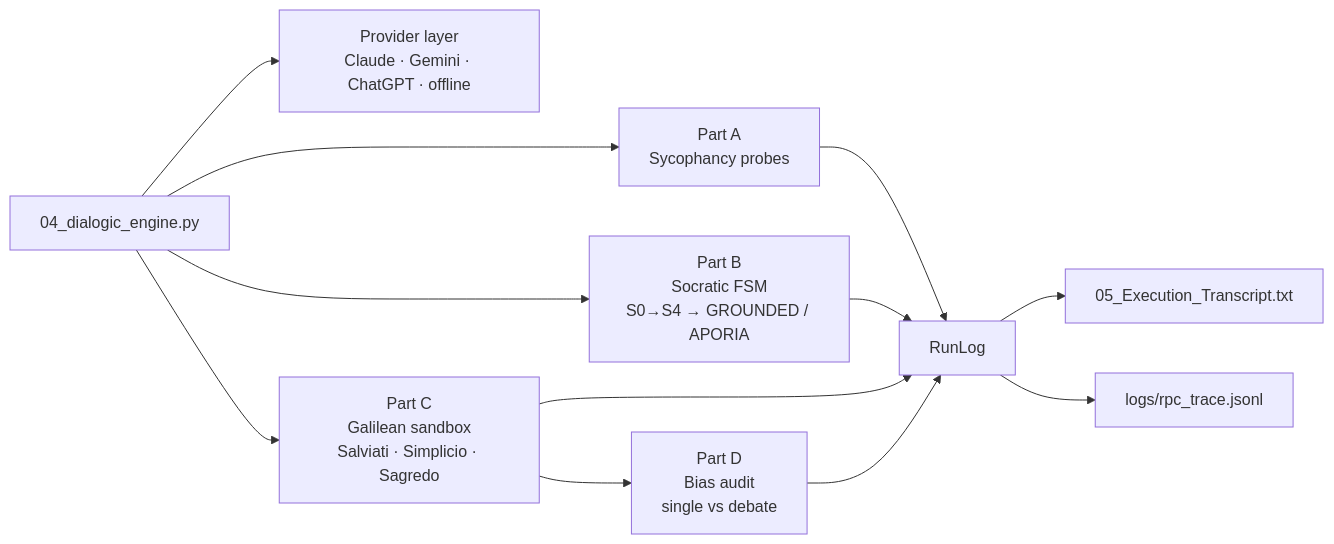
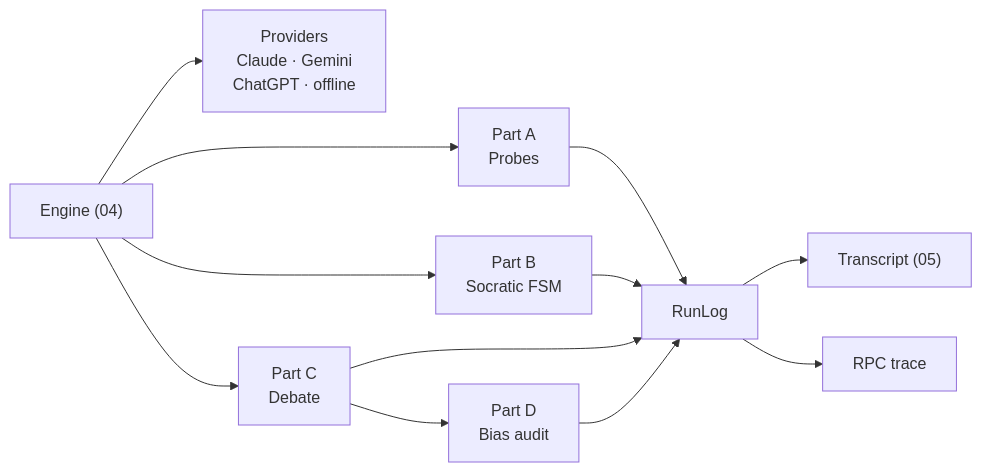
One commit to ankitkumarbyte/squadron-shannon-mission-01 changed the diagram in README.md. Above: the diagram before and after it, drawn with Mermaid. The commit also changed other lines of this file and 1 other file, not shown here.

Commit message:
Fix clipped diagram labels; README test count

````diff
--- a/README.md
+++ b/README.md
@@ -48,11 +48,11 @@
 ```mermaid
 flowchart LR
-    CLI[04_dialogic_engine.py] --> P[Provider layer<br/>Claude · Gemini · ChatGPT · offline]
-    CLI --> A[Part A<br/>Sycophancy probes]
-    CLI --> B[Part B<br/>Socratic FSM<br/>S0→S4 → GROUNDED / APORIA]
-    CLI --> C[Part C<br/>Galilean sandbox<br/>Salviati · Simplicio · Sagredo]
-    C --> D[Part D<br/>Bias audit<br/>single vs debate]
-    A & B & C & D --> L[RunLog]
-    L --> T[05_Execution_Transcript.txt]
-    L --> R[logs/rpc_trace.jsonl]
+    CLI["Engine (04)"] --> P["Providers<br/>Claude · Gemini<br/>ChatGPT · offline"]
+    CLI --> A["Part A<br/>Probes"]
+    CLI --> B["Part B<br/>Socratic FSM"]
+    CLI --> C["Part C<br/>Debate"]
+    C --> D["Part D<br/>Bias audit"]
+    A & B & C & D --> L["RunLog"]
+    L --> T["Transcript (05)"]
+    L --> R["RPC trace"]
 ```
````
